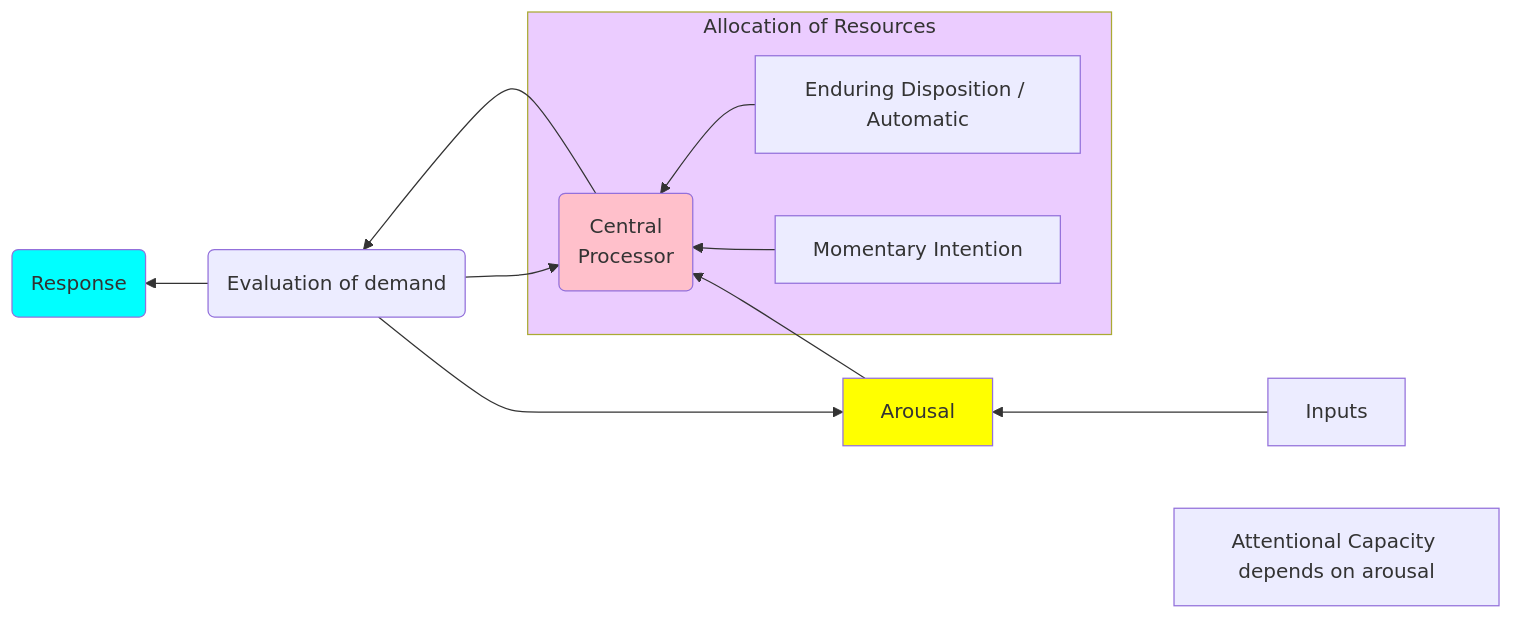
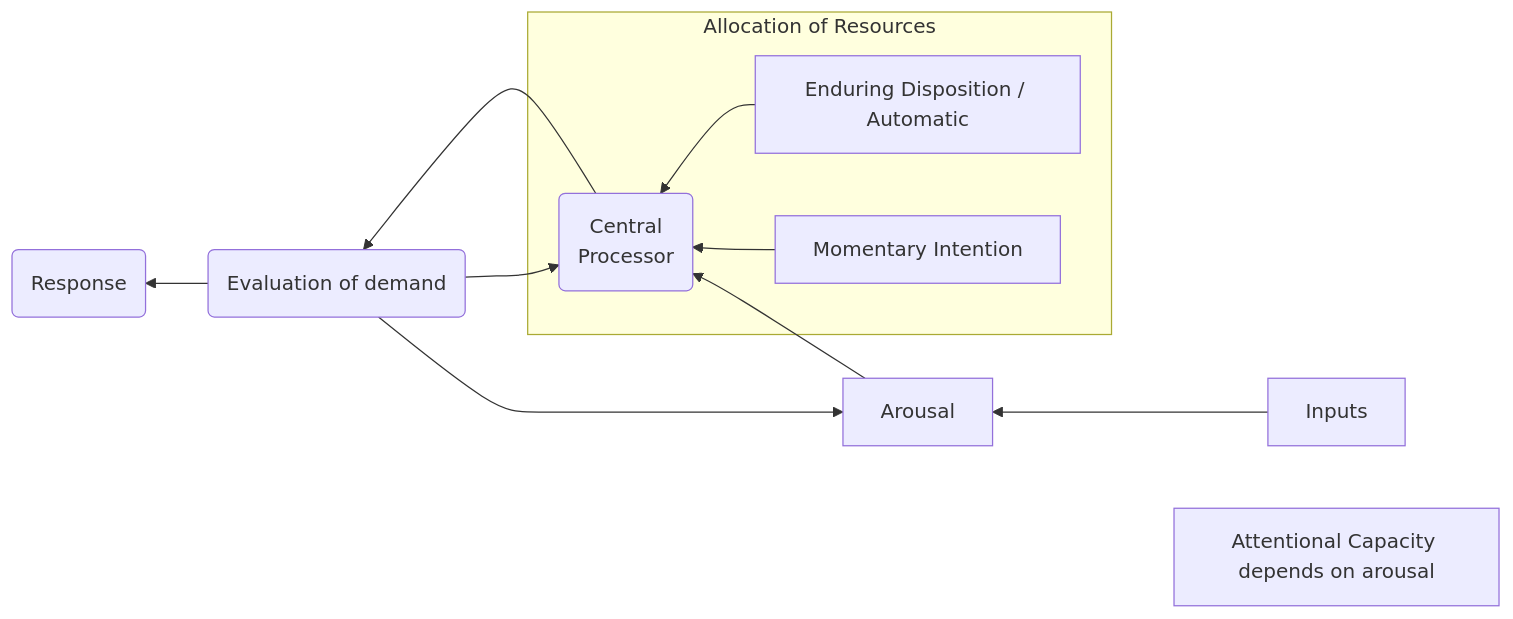
One commit to corvusdeinanis/cuddly-train changed the third of 4 diagrams in content/private/Attention and Perception.md. Above: the diagram before and after it, drawn with Mermaid. The commit also changed other lines of this file and 14 other files, not shown here.

````diff
--- a/content/private/Attention and Perception.md
+++ b/content/private/Attention and Perception.md
@@ -180,32 +180,28 @@
 ``` mermaid
 graph RL
 
 1[Inputs]--> A
   
 A[Arousal] --> B(Central <br> Processor)
 
 B --> C(Evaluation of demand)
 
 C --> R(Response)
   
 
 subgraph three [Allocation of Resources]
 
 ed[Enduring Disposition / Automatic ]
 
 mi[Momentary Intention]  
 
 ed --> B
 
 mi --> B
 
 end
 
 m[Attentional Capacity depends on arousal]
 C --> A
 C --> B
-style A fill:yellow;  
-style B fill:pink;
-style R fill:cyan;
-style three fill:#ebccff;
 ```
````
